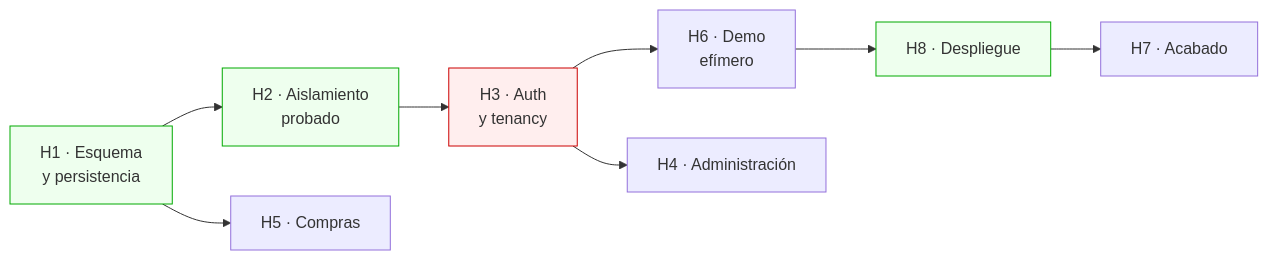
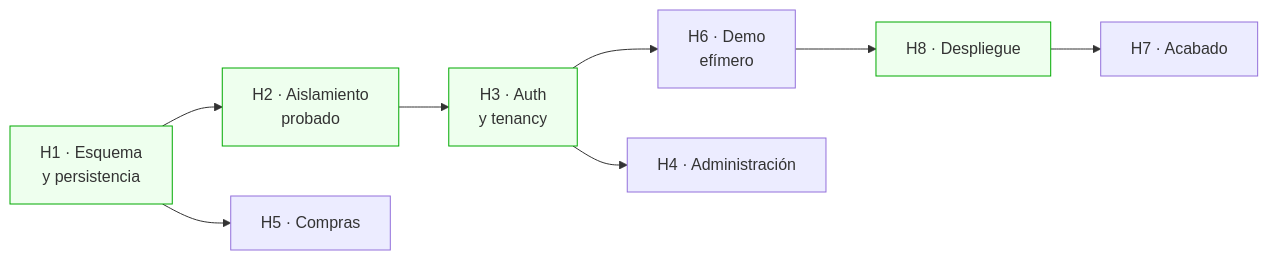
Before and after one commit to Jundev66/CoreBiz: the diagram in docs/ROADMAP.md, drawn with Mermaid. The commit also changed other lines of this file and 44 other files, not shown here.

````diff
--- a/docs/ROADMAP.md
+++ b/docs/ROADMAP.md
@@ -49,15 +53,15 @@
 ```mermaid
 graph LR
   H1[H1 · Esquema<br/>y persistencia] --> H2[H2 · Aislamiento<br/>probado]
   H2 --> H3[H3 · Auth<br/>y tenancy]
   H3 --> H6[H6 · Demo<br/>efímero]
   H6 --> H8[H8 · Despliegue]
   H3 --> H4[H4 · Administración]
   H1 --> H5[H5 · Compras]
   H8 --> H7[H7 · Acabado]
 
   style H1 fill:#efe,stroke:#0a0
   style H2 fill:#efe,stroke:#0a0
-  style H3 fill:#fee,stroke:#c00
+  style H3 fill:#efe,stroke:#0a0
   style H8 fill:#efe,stroke:#0a0
 ```
````
